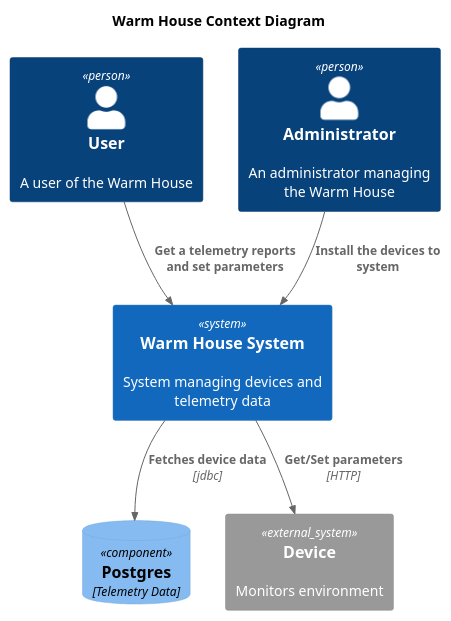
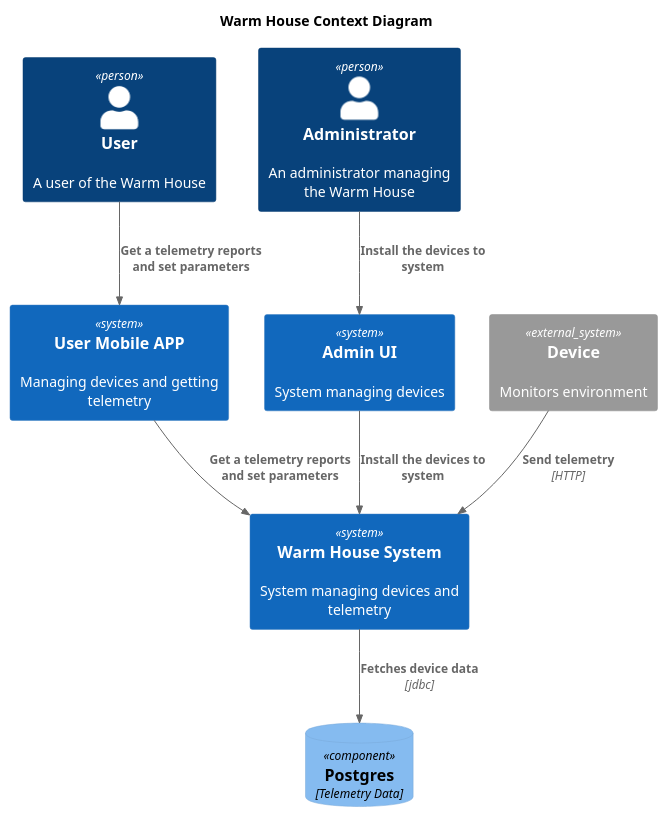
Before and after one commit to EkaterinaKl/architecture-sprint-3: the diagram in diagrams/C4_Context_AS_IS.puml, drawn with PlantUML. The commit also changed 5 other files, not shown here.

```diff
--- a/diagrams/C4_Context_AS_IS.puml
+++ b/diagrams/C4_Context_AS_IS.puml
@@ -1,21 +1,25 @@
 @startuml
 title Warm House Context Diagram
 
 top to bottom direction
 
 !includeurl https://raw.githubusercontent.com/RicardoNiepel/C4-PlantUML/master/C4_Component.puml
 
 Person(user, "User", "A user of the Warm House")
 Person(admin, "Administrator", "An administrator managing the Warm House")
 
-System(System, "Warm House System", "System managing devices and telemetry data")
+System(SystemAdminUI, "Admin UI", "System managing devices")
+System(SystemUserUI, "User Mobile APP ", "Managing devices and getting telemetry")
+System(System, "Warm House System", "System managing devices and telemetry")
 
 ComponentDb(DB, "Postgres", "Telemetry Data")
 System_Ext(Device, "Device", "Monitors environment")
 
-Rel(user, System, "Get a telemetry reports and set parameters")
-Rel(admin,System,"Install the devices to system")
+Rel(user, SystemUserUI, "Get a telemetry reports and set parameters")
+Rel(admin,SystemAdminUI,"Install the devices to system")
+Rel(SystemUserUI, System, "Get a telemetry reports and set parameters")
+Rel(SystemAdminUI,System,"Install the devices to system")
 Rel(System,DB,"Fetches device data", "jdbc")
-Rel(System,Device,"Get/Set parameters", "HTTP")
+Rel(Device, System, "Send telemetry ", "HTTP")
 
 @enduml
```
